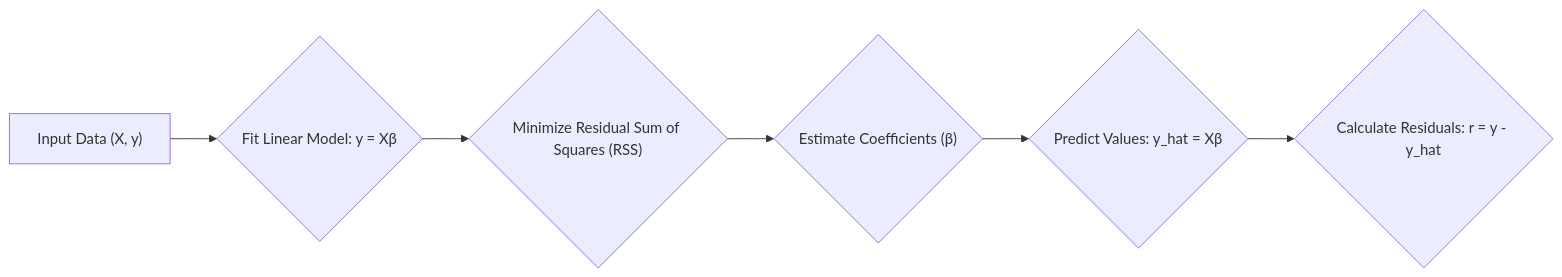
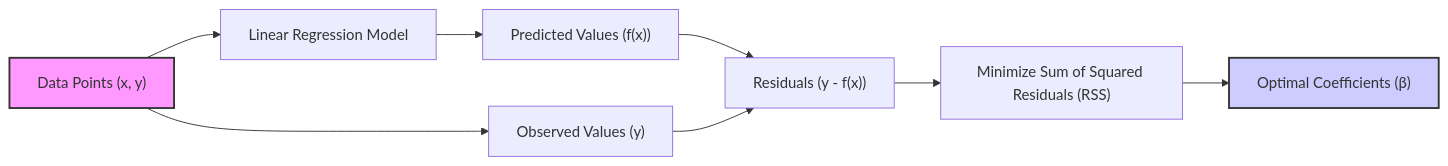
Before and after one commit to diegomrodrigues/statistical_learning_notes: the second of 4 diagrams in 01. Linear Regression/01. Key Themes/01. Bias Variance Tradeoff.md, drawn with Mermaid. The commit also changed other lines of this file and 1 other file, not shown here.

````diff
--- a/01. Linear Regression/01. Key Themes/01. Bias Variance Tradeoff.md
+++ b/01. Linear Regression/01. Key Themes/01. Bias Variance Tradeoff.md
@@ -189,9 +131,12 @@
 ```mermaid
-flowchart LR
-    A["Input Data (X, y)"] --> B{"Fit Linear Model: y = Xβ"};
-    B --> C{"Minimize Residual Sum of Squares (RSS)"};
-    C --> D{"Estimate Coefficients (β)"};
-    D --> E{"Predict Values: y_hat = Xβ"};
-     E --> F{"Calculate Residuals: r = y - y_hat"};
-
+graph LR
+    A["Data Points (x, y)"] --> B["Linear Regression Model"]
+    B --> C["Predicted Values (f(x))"]
+    A --> D["Observed Values (y)"]
+    C --> E["Residuals (y - f(x))"]
+    D --> E
+    E --> F["Minimize Sum of Squared Residuals (RSS)"]
+    F --> G["Optimal Coefficients (β)"]
+    style A fill:#f9f,stroke:#333,stroke-width:2px
+    style G fill:#ccf,stroke:#333,stroke-width:2px
 ```
````
